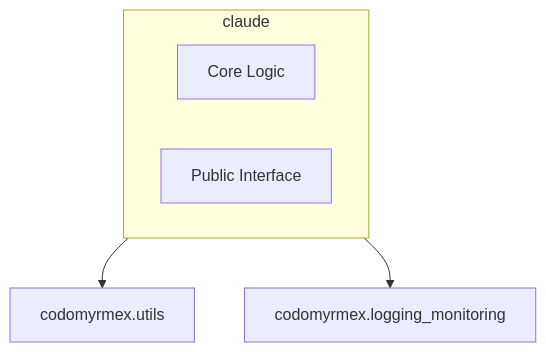
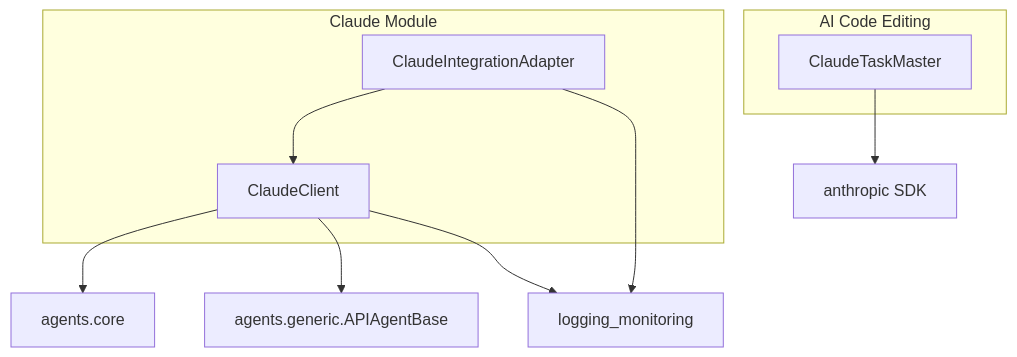
Before and after one commit to docxology/codomyrmex: the diagram in src/codomyrmex/agents/claude/README.md, drawn with Mermaid. The commit also changed other lines of this file and 77 other files, not shown here.

````diff
--- a/src/codomyrmex/agents/claude/README.md
+++ b/src/codomyrmex/agents/claude/README.md
@@ -11,10 +11,19 @@
 ```mermaid
 graph TD
-    claude --> Utils[codomyrmex.utils]
-    claude --> Logs[codomyrmex.logging_monitoring]
-
-    subgraph claude
-        Core[Core Logic]
-        API[Public Interface]
+    subgraph Claude Module
+        Client[ClaudeClient]
+        Adapter[ClaudeIntegrationAdapter]
     end
+    
+    subgraph AI Code Editing
+        TaskMaster[ClaudeTaskMaster]
+    end
+    
+    Client --> Core[agents.core]
+    Client --> Generic[agents.generic.APIAgentBase]
+    Adapter --> Client
+    TaskMaster --> Anthropic[anthropic SDK]
+    
+    Client --> Logs[logging_monitoring]
+    Adapter --> Logs
 ```
````
